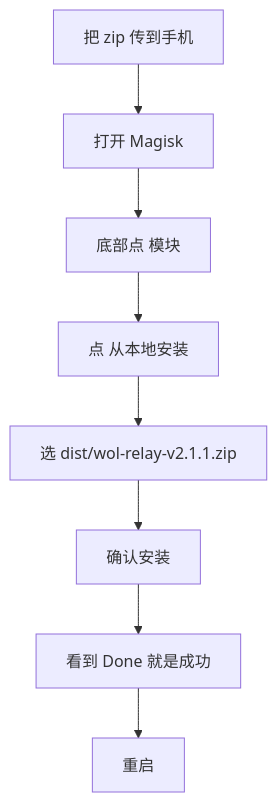
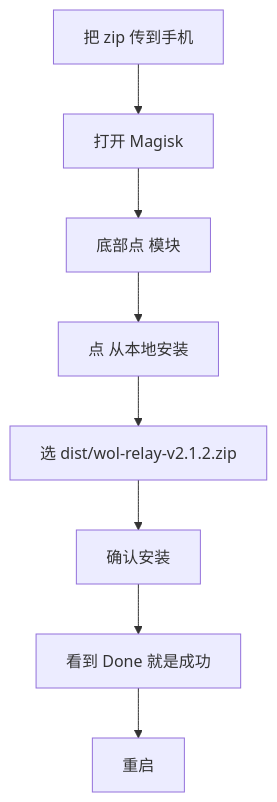
Before and after one commit to huangJUN6666/wol-relay-android: the second of 6 diagrams in docs/03-备用机部署.md, drawn with Mermaid. The commit also changed other lines of this file and 15 other files, not shown here.

````diff
--- a/docs/03-备用机部署.md
+++ b/docs/03-备用机部署.md
@@ -67,10 +67,10 @@
 ```mermaid
 flowchart TD
     A[把 zip 传到手机] --> B[打开 Magisk]
     B --> C[底部点 模块]
     C --> D[点 从本地安装]
-    D --> E[选 dist/wol-relay-v2.1.1.zip]
+    D --> E[选 dist/wol-relay-v2.1.2.zip]
     E --> F[确认安装]
     F --> G[看到 Done 就是成功]
     G --> H[重启]
 ```
````
